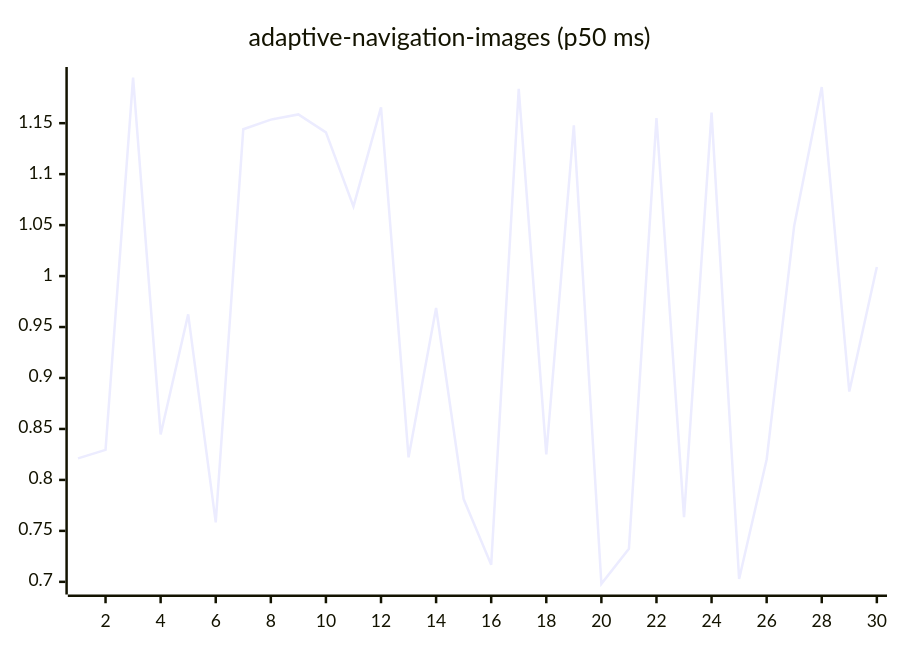
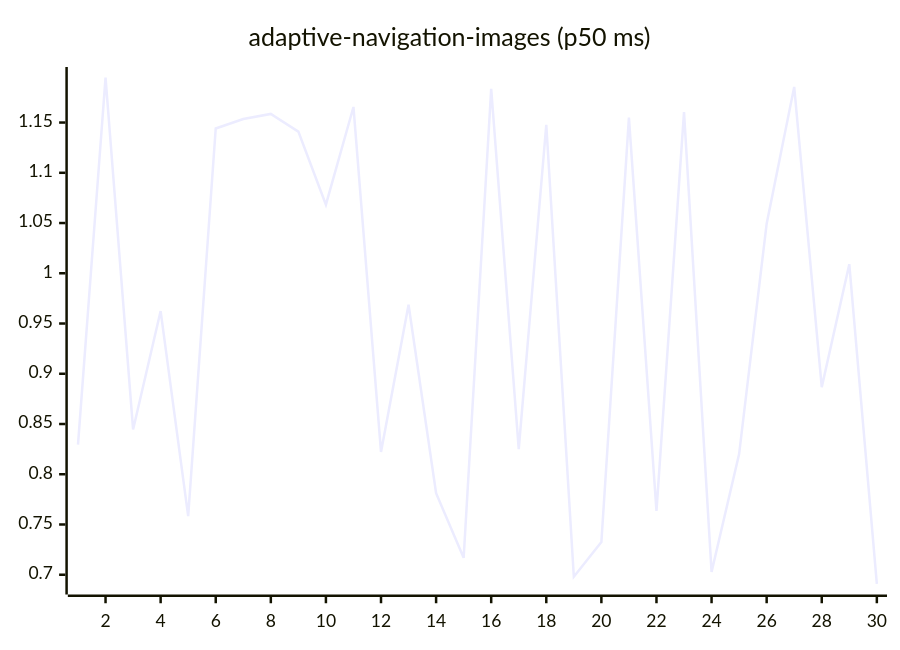
The first of 27 diagrams in README.md (josha/Facet), drawn with Mermaid before and after one commit. The commit also changed other lines of this file and 2 other files, not shown here.

````diff
--- a/README.md
+++ b/README.md
@@ -63,6 +63,6 @@
 ```mermaid
 xychart-beta
     title "adaptive-navigation-images (p50 ms)"
     x-axis 1 --> 30
-    line [0.8211, 0.8295, 1.1947, 0.8446, 0.9624, 0.7583, 1.1441, 1.1535, 1.1586, 1.1410, 1.0683, 1.1655, 0.8222, 0.9687, 0.7812, 0.7168, 1.1836, 0.8250, 1.1478, 0.6980, 0.7325, 1.1549, 0.7635, 1.1603, 0.7028, 0.8201, 1.0494, 1.1854, 0.8867, 1.0090]
+    line [0.8295, 1.1947, 0.8446, 0.9624, 0.7583, 1.1441, 1.1535, 1.1586, 1.1410, 1.0683, 1.1655, 0.8222, 0.9687, 0.7812, 0.7168, 1.1836, 0.8250, 1.1478, 0.6980, 0.7325, 1.1549, 0.7635, 1.1603, 0.7028, 0.8201, 1.0494, 1.1854, 0.8867, 1.0090, 0.6909]
 ```
````
